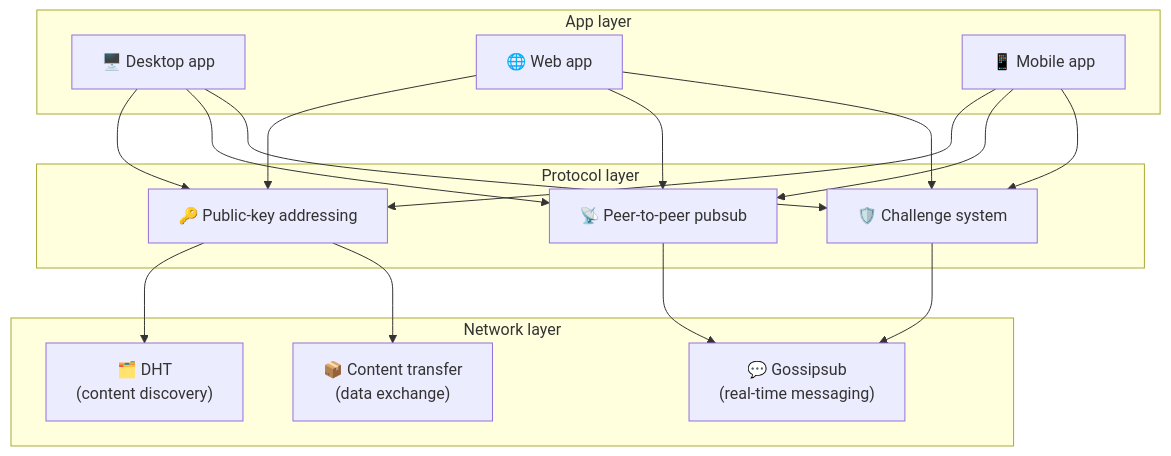
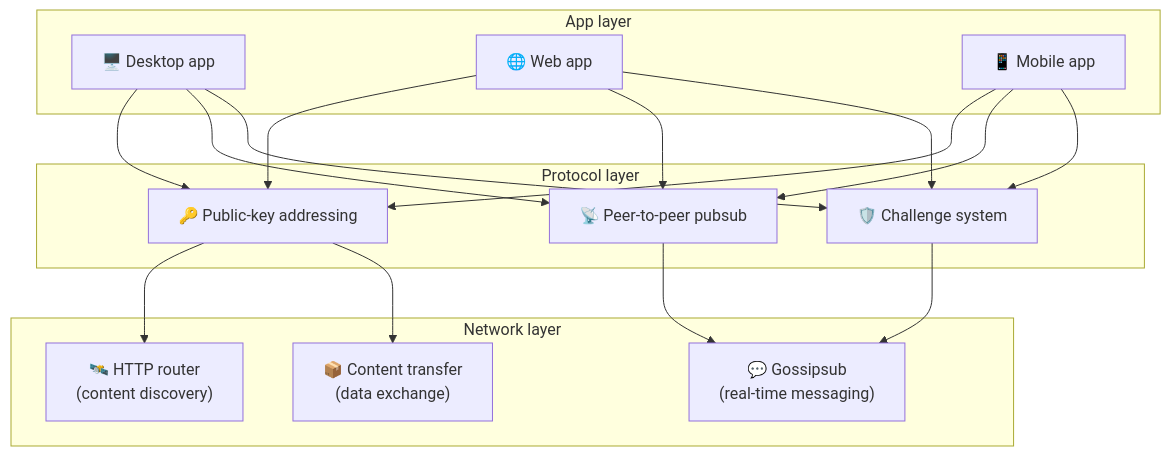
Before and after one commit to bitsocialnet/bitsocial-web: the fifth of 5 diagrams in docs/peer-to-peer-protocol.md, drawn with Mermaid. The commit also changed other lines of this file and 7 other files, not shown here.

First line of the commit message:
docs(peer-to-peer-protocol): replace DHT with HTTP routers (#3)

````diff
--- a/docs/peer-to-peer-protocol.md
+++ b/docs/peer-to-peer-protocol.md
@@ -187,26 +215,26 @@
 ```mermaid
 graph TB
     subgraph Apps ["App layer"]
         A1["🖥️ Desktop app"]
         A2["🌐 Web app"]
         A3["📱 Mobile app"]
     end
 
     subgraph Protocol ["Protocol layer"]
         PK["🔑 Public-key addressing"]
         PS["📡 Peer-to-peer pubsub"]
         CH["🛡️ Challenge system"]
     end
 
     subgraph Network ["Network layer"]
-        DHT["🗂️ DHT<br/>(content discovery)"]
+        Router["🛰️ HTTP router<br/>(content discovery)"]
         GS["💬 Gossipsub<br/>(real-time messaging)"]
         TR["📦 Content transfer<br/>(data exchange)"]
     end
 
     A1 & A2 & A3 --> PK & PS & CH
-    PK --> DHT
+    PK --> Router
     PS --> GS
     CH --> GS
     PK --> TR
 ```
````
